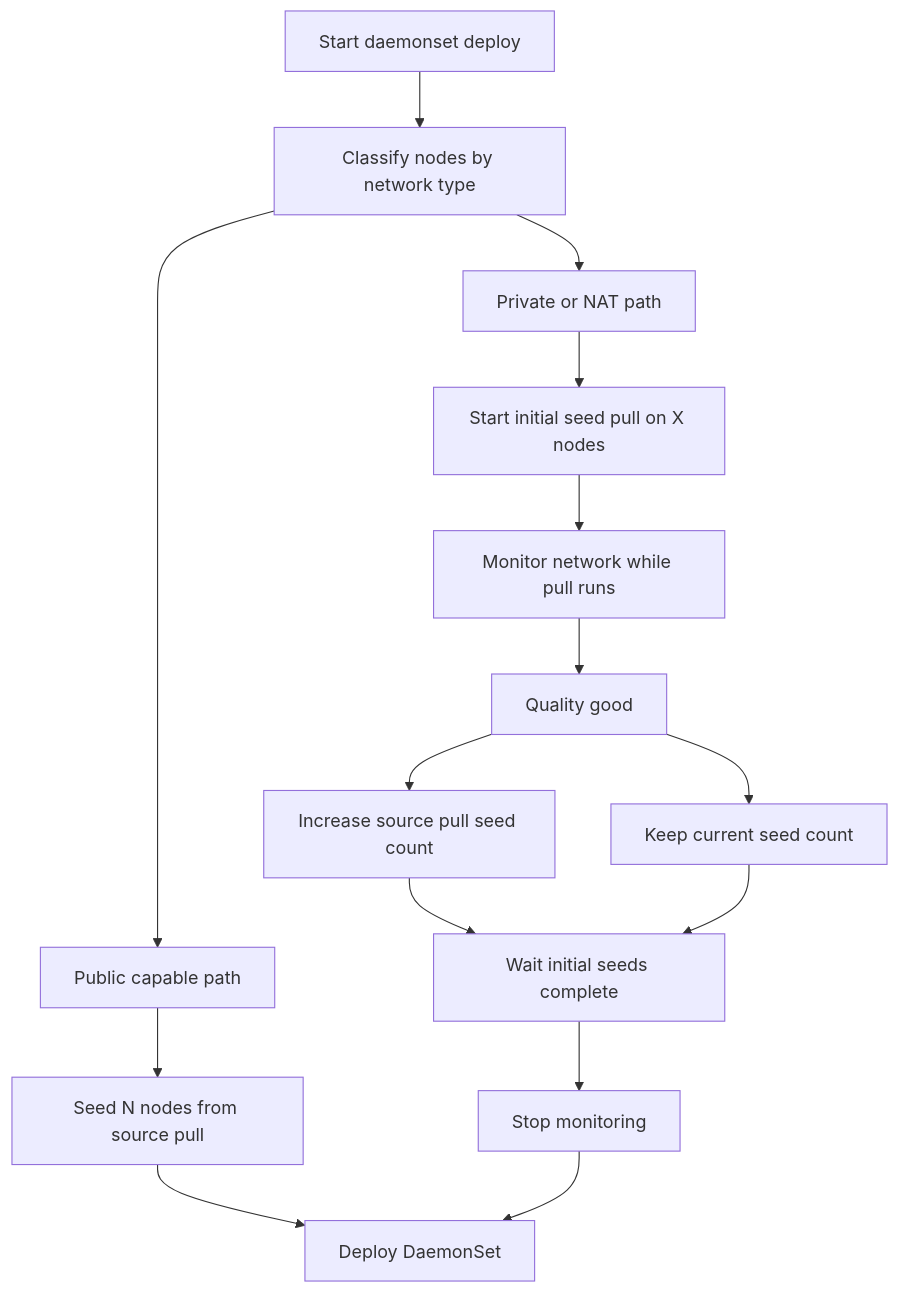
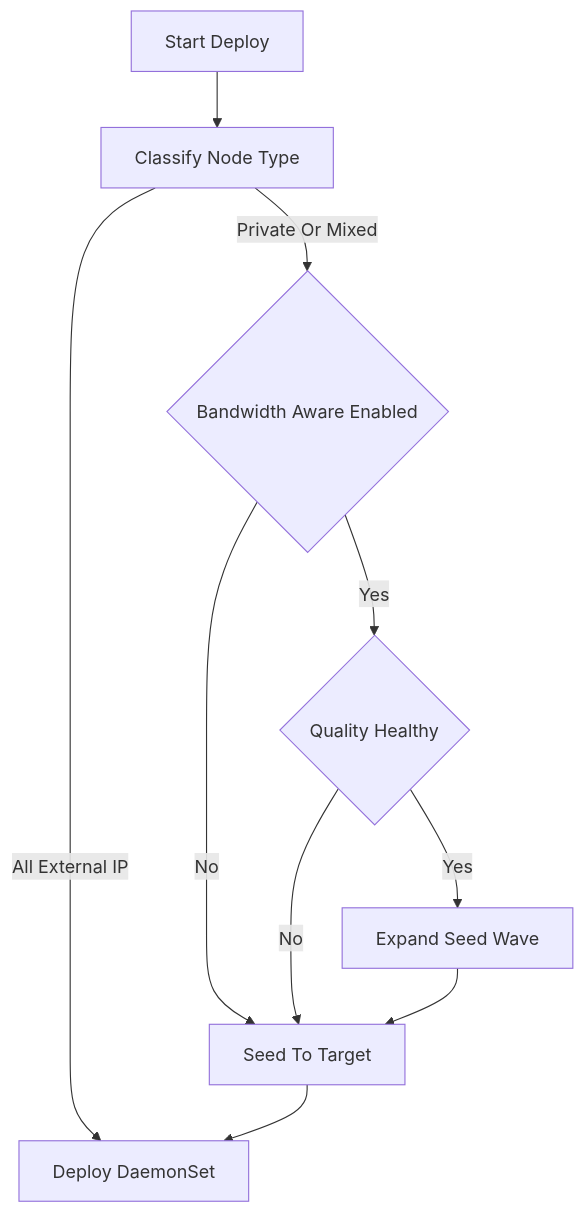
Before and after one commit to clyde-org/clyde: the diagram in tools/clydectl/README.md, drawn with Mermaid. The commit also changed other lines of this file and 1 other file, not shown here.

````diff
--- a/tools/clydectl/README.md
+++ b/tools/clydectl/README.md
@@ -53,19 +88,12 @@
 ```mermaid
 flowchart TD
-  startNode[Start daemonset deploy] --> classifyNode[Classify nodes by network type]
-  classifyNode --> publicPath[Public capable path]
-  classifyNode --> privatePath[Private or NAT path]
-
-  publicPath --> remotePull[Seed N nodes from source pull]
-  remotePull --> deployNode[Deploy DaemonSet]
-
-  privatePath --> initSeed[Start initial seed pull on X nodes]
-  initSeed --> monitorNode[Monitor network while pull runs]
-  monitorNode --> qualityGate[Quality good]
-  qualityGate --> expandSeeds[Increase source pull seed count]
-  qualityGate --> holdSeeds[Keep current seed count]
-  expandSeeds --> waitInitial[Wait initial seeds complete]
-  holdSeeds --> waitInitial
-  waitInitial --> stopMonitor[Stop monitoring]
-  stopMonitor --> deployNode
+  startNode[Start Deploy] --> classifyNode[Classify Node Type]
+  classifyNode -->|All External IP| deployNode[Deploy DaemonSet]
+  classifyNode -->|Private Or Mixed| monitorToggle{Bandwidth Aware Enabled}
+  monitorToggle -->|No| seedToTarget[Seed To Target]
+  monitorToggle -->|Yes| qualityGate{Quality Healthy}
+  qualityGate -->|Yes| expandSeeds[Expand Seed Wave]
+  qualityGate -->|No| seedToTarget
+  expandSeeds --> seedToTarget
+  seedToTarget --> deployNode
 ```
````
